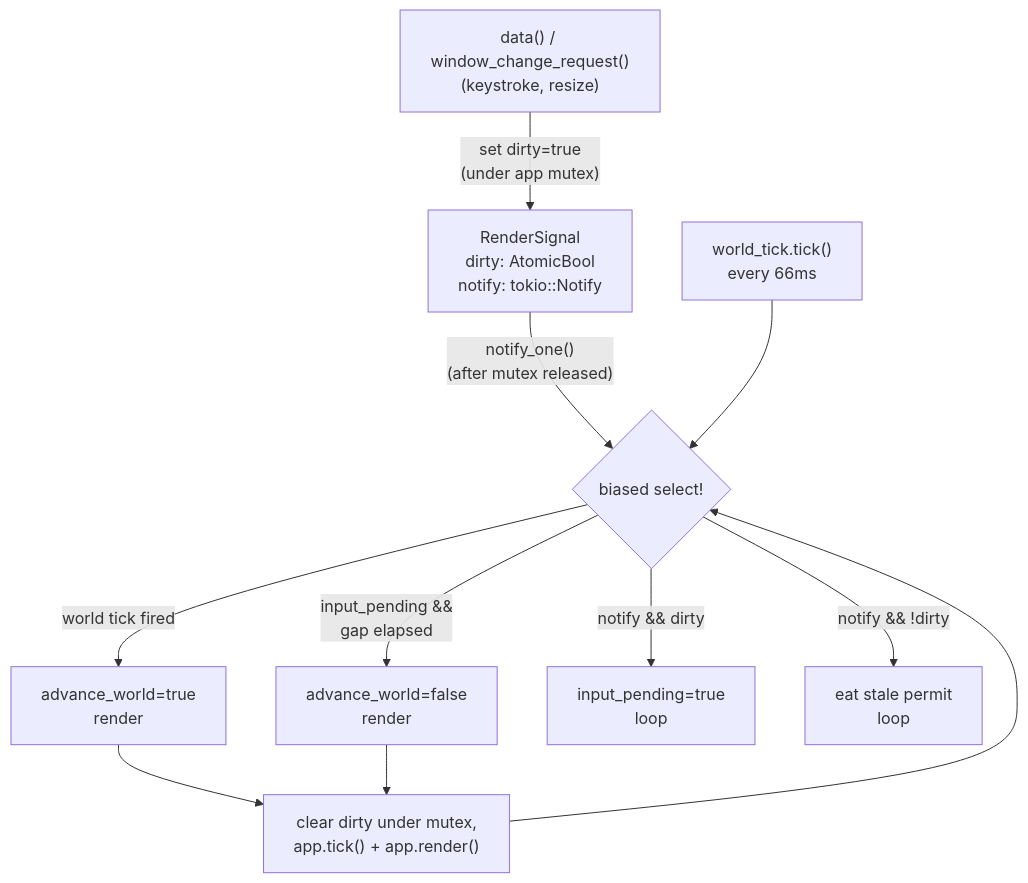
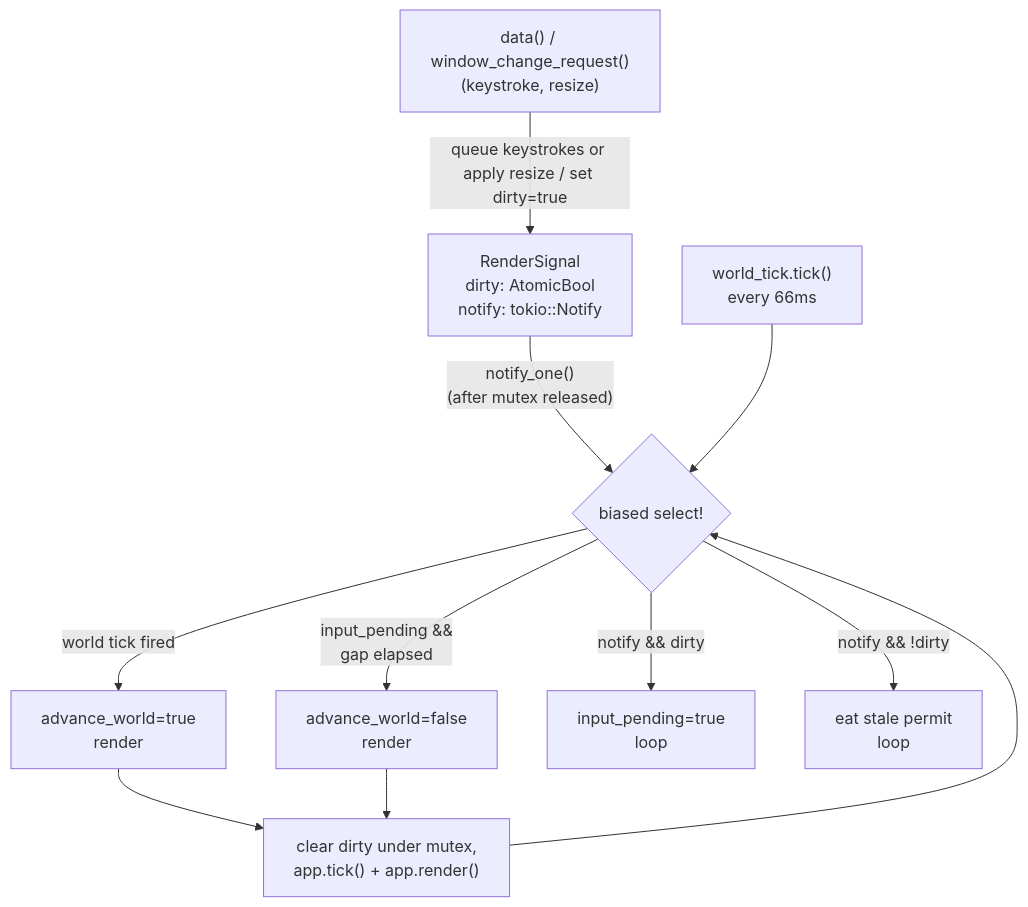
Before and after one commit to mpiorowski/late-sh: the fifth of 7 diagrams in CONTEXT.md, drawn with Mermaid. The commit also changed other lines of this file and 6 other files, not shown here.

````diff
--- a/CONTEXT.md
+++ b/CONTEXT.md
@@ -269,14 +269,14 @@
 ```mermaid
 flowchart TD
-    INPUT["data() / window_change_request()<br/>(keystroke, resize)"] -->|"set dirty=true<br/>(under app mutex)"| SIGNAL
+    INPUT["data() / window_change_request()<br/>(keystroke, resize)"] -->|"queue keystrokes or apply resize / set dirty=true"| SIGNAL
     SIGNAL["RenderSignal<br/>dirty: AtomicBool<br/>notify: tokio::Notify"] -->|"notify_one()<br/>(after mutex released)"| LOOP
     WT["world_tick.tick()<br/>every 66ms"] --> LOOP
     LOOP{"biased select!"}
     LOOP -->|"world tick fired"| ADVANCE["advance_world=true<br/>render"]
     LOOP -->|"input_pending &&<br/>gap elapsed"| RENDER["advance_world=false<br/>render"]
     LOOP -->|"notify && dirty"| ARM["input_pending=true<br/>loop"]
     LOOP -->|"notify && !dirty"| DROP["eat stale permit<br/>loop"]
     ADVANCE --> CLEAR["clear dirty under mutex,<br/>app.tick() + app.render()"]
     RENDER --> CLEAR
     CLEAR --> LOOP
 ```
````
